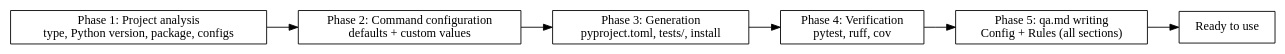
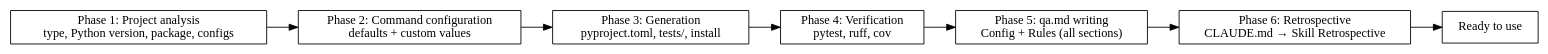
One commit to qarium/ai-python changed the diagram in skills/employees-qa-onboarding/SKILL.md. Above: the diagram before and after it, drawn with Graphviz. The commit also changed other lines of this file and 8 other files, not shown here.

````diff
--- a/skills/employees-qa-onboarding/SKILL.md
+++ b/skills/employees-qa-onboarding/SKILL.md
@@ -36,17 +36,19 @@
 ```dot
 digraph flow {
     rankdir=LR;
     analyze [label="Phase 1: Project analysis\ntype, Python version, package, configs" shape=box];
     config [label="Phase 2: Command configuration\ndefaults + custom values" shape=box];
     generate [label="Phase 3: Generation\npyproject.toml, tests/, install" shape=box];
     verify [label="Phase 4: Verification\npytest, ruff, cov" shape=box];
     rules [label="Phase 5: qa.md writing\nConfig + Rules (all sections)" shape=box];
+    retro [label="Phase 6: Retrospective\nCLAUDE.md → Skill Retrospective" shape=box];
     done [label="Ready to use" shape=box];
 
     analyze -> config;
     config -> generate;
     generate -> verify;
     verify -> rules;
-    rules -> done;
+    rules -> retro;
+    retro -> done;
 }
 ```
````
